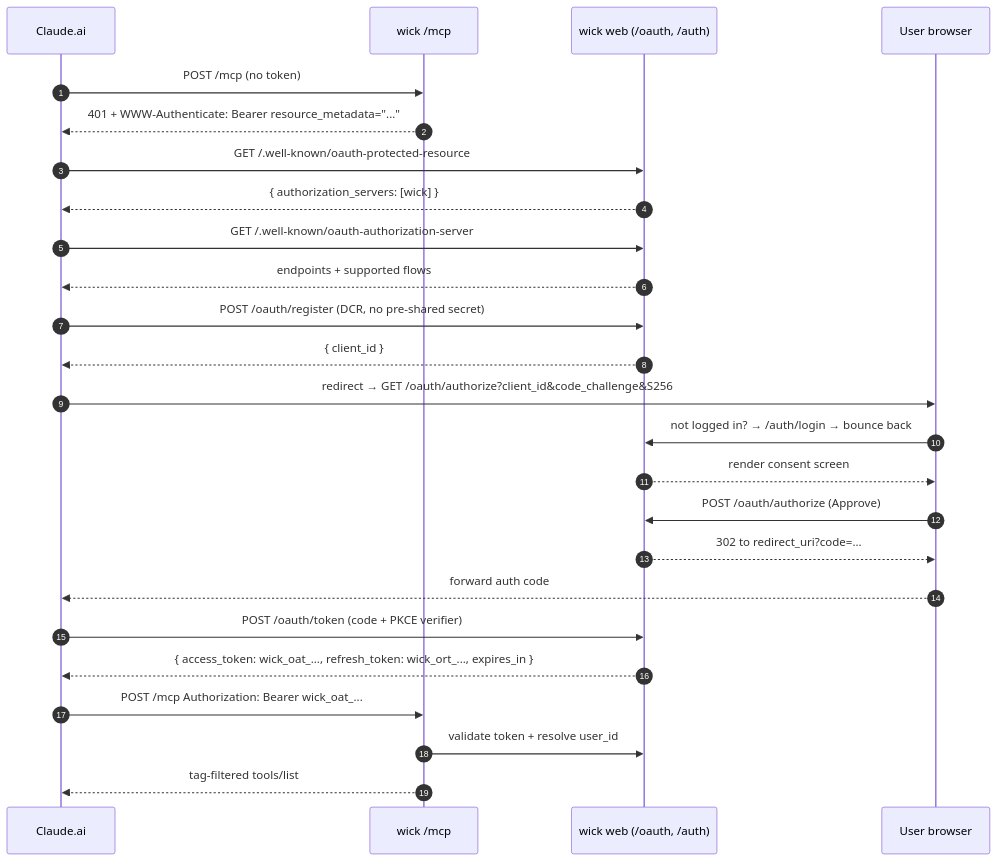
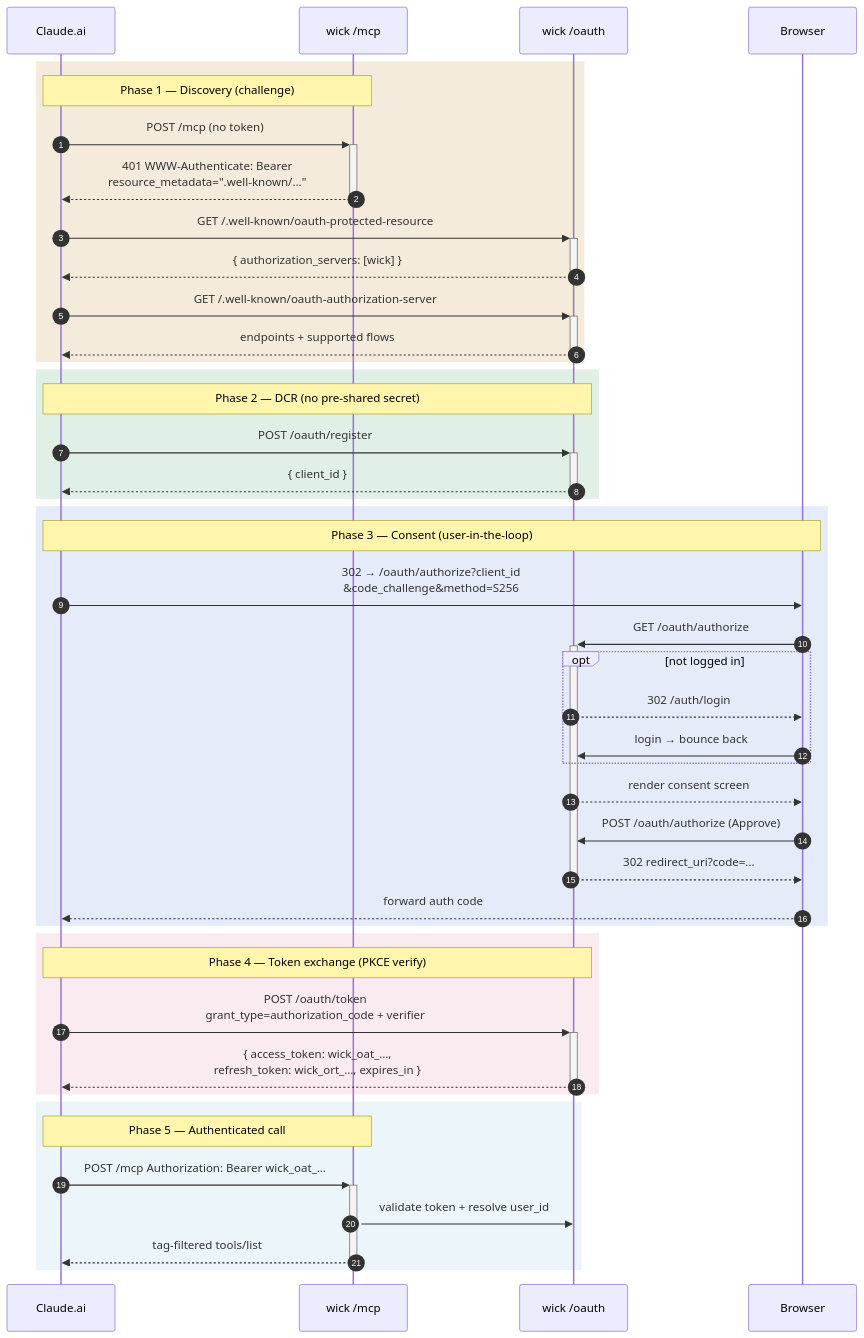
The diagram in docs/guide/oauth-connections.md (yogasw/wick), drawn with Mermaid before and after one commit. The commit also changed other lines of this file and 12 other files, not shown here.

````diff
--- a/docs/guide/oauth-connections.md
+++ b/docs/guide/oauth-connections.md
@@ -42,28 +21,55 @@
 ```mermaid
 sequenceDiagram
     autonumber
     participant Client as Claude.ai
     participant MCP as wick /mcp
-    participant Web as wick web (/oauth, /auth)
-    participant User as User browser
+    participant Web as wick /oauth
+    participant User as Browser
 
-    Client->>MCP: POST /mcp (no token)
-    MCP-->>Client: 401 + WWW-Authenticate: Bearer resource_metadata="..."
-    Client->>Web: GET /.well-known/oauth-protected-resource
-    Web-->>Client: { authorization_servers: [wick] }
-    Client->>Web: GET /.well-known/oauth-authorization-server
-    Web-->>Client: endpoints + supported flows
-    Client->>Web: POST /oauth/register (DCR, no pre-shared secret)
-    Web-->>Client: { client_id }
-    Client->>User: redirect → GET /oauth/authorize?client_id&code_challenge&S256
-    User->>Web: not logged in? → /auth/login → bounce back
-    Web-->>User: render consent screen
-    User->>Web: POST /oauth/authorize (Approve)
-    Web-->>User: 302 to redirect_uri?code=...
-    User-->>Client: forward auth code
-    Client->>Web: POST /oauth/token (code + PKCE verifier)
-    Web-->>Client: { access_token: wick_oat_..., refresh_token: wick_ort_..., expires_in }
-    Client->>MCP: POST /mcp Authorization: Bearer wick_oat_...
-    MCP->>Web: validate token + resolve user_id
-    MCP-->>Client: tag-filtered tools/list
+    rect rgb(245, 235, 220)
+        Note over Client,MCP: Phase 1 — Discovery (challenge)
+        Client->>+MCP: POST /mcp (no token)
+        MCP-->>-Client: 401 WWW-Authenticate: Bearer<br/>resource_metadata=".well-known/..."
+        Client->>+Web: GET /.well-known/oauth-protected-resource
+        Web-->>-Client: { authorization_servers: [wick] }
+        Client->>+Web: GET /.well-known/oauth-authorization-server
+        Web-->>-Client: endpoints + supported flows
+    end
+
+    rect rgb(225, 240, 230)
+        Note over Client,Web: Phase 2 — DCR (no pre-shared secret)
+        Client->>+Web: POST /oauth/register
+        Web-->>-Client: { client_id }
+    end
+
+    rect rgb(230, 235, 250)
+        Note over Client,User: Phase 3 — Consent (user-in-the-loop)
+        Client->>User: 302 → /oauth/authorize?client_id<br/>&code_challenge&method=S256
+        User->>+Web: GET /oauth/authorize
+        opt not logged in
+            Web-->>User: 302 /auth/login
+            User->>Web: login → bounce back
+        end
+        Web-->>User: render consent screen
+        User->>Web: POST /oauth/authorize (Approve)
+        Web-->>-User: 302 redirect_uri?code=...
+        User-->>Client: forward auth code
+    end
+
+    rect rgb(250, 235, 240)
+        Note over Client,Web: Phase 4 — Token exchange (PKCE verify)
+        Client->>+Web: POST /oauth/token<br/>grant_type=authorization_code + verifier
+        Web-->>-Client: { access_token: wick_oat_…,<br/>refresh_token: wick_ort_…, expires_in }
+    end
+
+    rect rgb(235, 245, 250)
+        Note over Client,MCP: Phase 5 — Authenticated call
+        Client->>+MCP: POST /mcp Authorization: Bearer wick_oat_…
+        MCP->>Web: validate token + resolve user_id
+        MCP-->>-Client: tag-filtered tools/list
+    end
+
+    link Client: "Claude.ai docs" @ "https://modelcontextprotocol.io/docs/develop/connect-remote-servers"
+    link MCP: "MCP guide" @ "./mcp"
+    link Web: "Token formats" @ "#token-formats"
 ```
````
